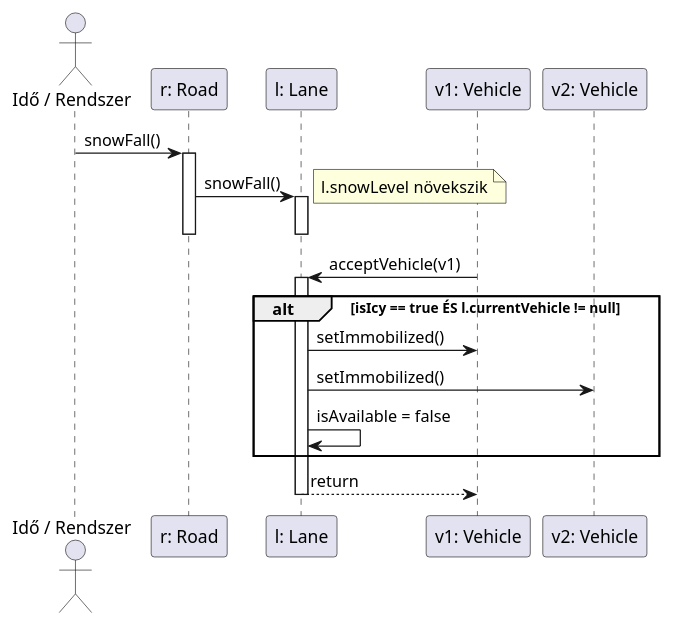
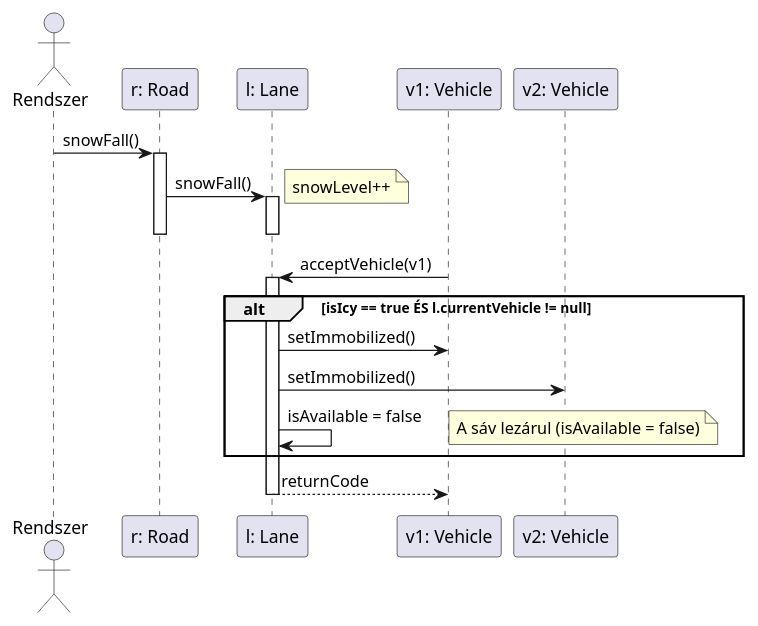
One commit to toth-andor/UneNotteANapoli changed the diagram in docs/04/diagrams/sequence/04.puml. Above: the diagram before and after it, drawn with PlantUML. The commit also changed 1 other file, not shown here.

Commit message:
new versions of the diagrams

```diff
--- a/docs/04/diagrams/sequence/04.puml
+++ b/docs/04/diagrams/sequence/04.puml
@@ -1,25 +1,26 @@
 @startuml
-actor "Idő / Rendszer" as E
+actor "Rendszer" as S
 participant "r: Road" as R
 participant "l: Lane" as L
 participant "v1: Vehicle" as V1
 participant "v2: Vehicle" as V2
 
-E -> R : snowFall()
+S -> R : snowFall()
 activate R
     R -> L : snowFall()
     activate L
-        note right: l.snowLevel növekszik
+        note right: snowLevel++
     deactivate L
 deactivate R
 
 V1 -> L : acceptVehicle(v1)
 activate L
     alt isIcy == true ÉS l.currentVehicle != null
         L -> V1 : setImmobilized()
         L -> V2 : setImmobilized()
         L -> L : isAvailable = false
+        note right: A sáv lezárul (isAvailable = false)
     end
-    L --> V1 : return
+    L --> V1 : returnCode
 deactivate L
-@enduml
+@endumls
```
